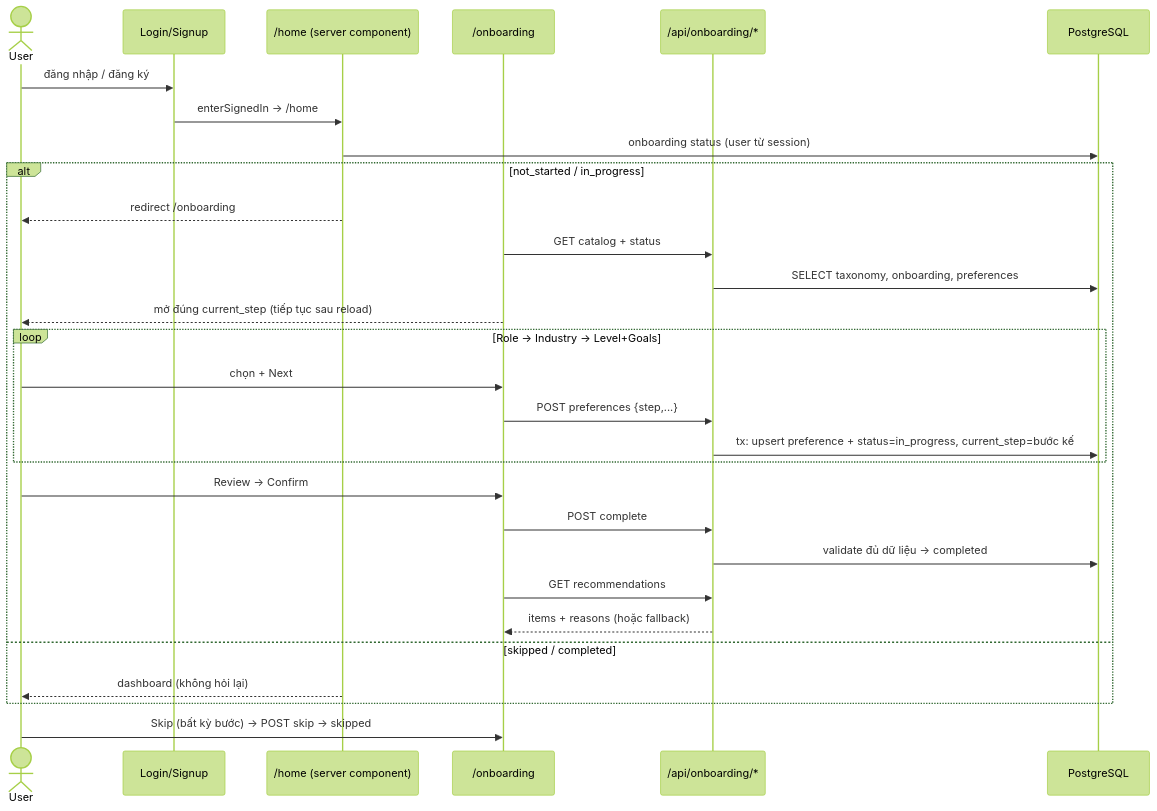
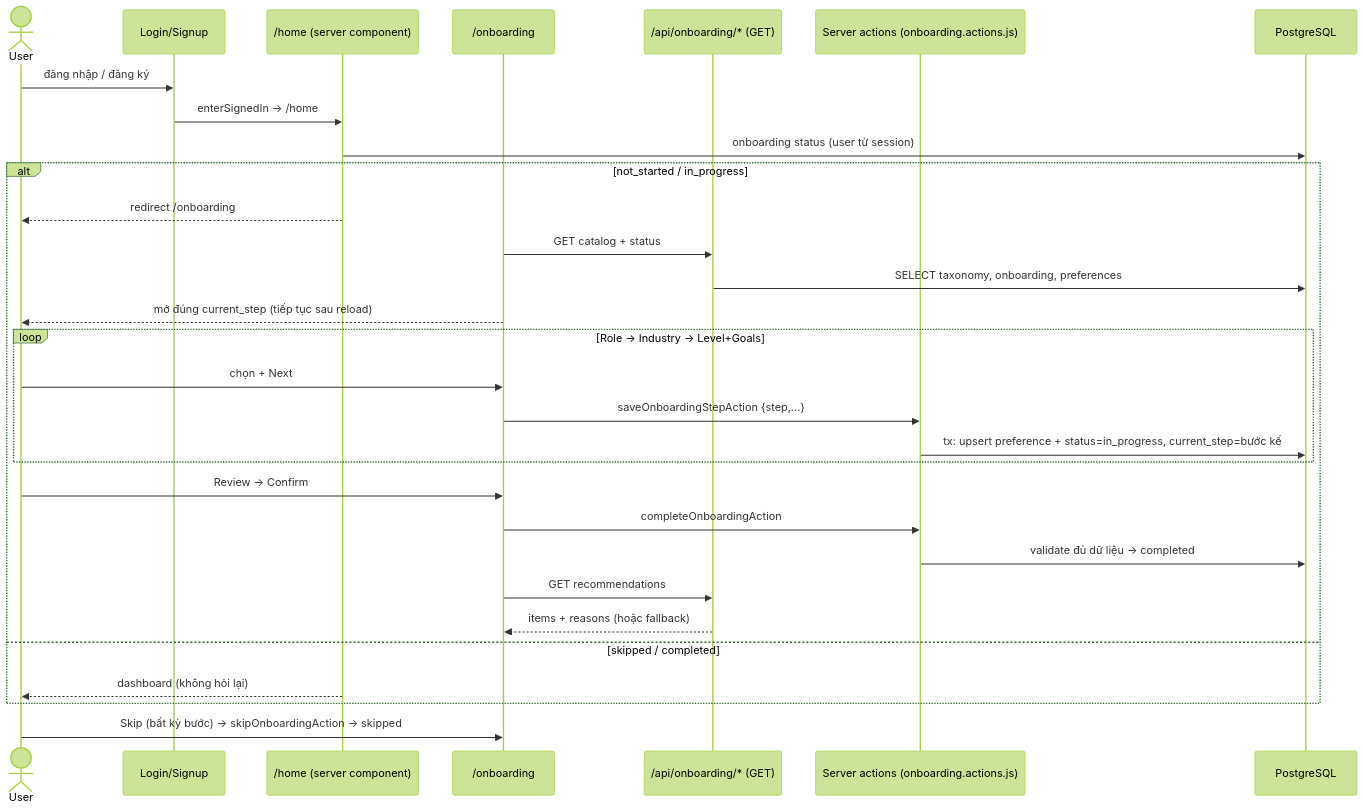
The second of 4 diagrams in docs/premium-onboarding-design.md (CuongNguyen-0712/CodeDev), drawn with Mermaid (forest theme) before and after one commit. The commit also changed 1 other file, not shown here.

Commit message:
docs(api): onboarding diagram and handler count match the actions

````diff
--- a/docs/premium-onboarding-design.md
+++ b/docs/premium-onboarding-design.md
@@ -165,31 +165,32 @@
 ```mermaid
 sequenceDiagram
     actor U as User
     participant L as Login/Signup
     participant H as /home (server component)
     participant O as /onboarding
-    participant API as /api/onboarding/*
+    participant API as /api/onboarding/* (GET)
+    participant ACT as Server actions (onboarding.actions.js)
     participant DB as PostgreSQL
     U->>L: đăng nhập / đăng ký
     L->>H: enterSignedIn → /home
     H->>DB: onboarding status (user từ session)
     alt not_started / in_progress
         H-->>U: redirect /onboarding
         O->>API: GET catalog + status
         API->>DB: SELECT taxonomy, onboarding, preferences
         O-->>U: mở đúng current_step (tiếp tục sau reload)
         loop Role → Industry → Level+Goals
             U->>O: chọn + Next
-            O->>API: POST preferences {step,...}
-            API->>DB: tx: upsert preference + status=in_progress, current_step=bước kế
+            O->>ACT: saveOnboardingStepAction {step,...}
+            ACT->>DB: tx: upsert preference + status=in_progress, current_step=bước kế
         end
         U->>O: Review → Confirm
-        O->>API: POST complete
-        API->>DB: validate đủ dữ liệu → completed
+        O->>ACT: completeOnboardingAction
+        ACT->>DB: validate đủ dữ liệu → completed
         O->>API: GET recommendations
         API-->>O: items + reasons (hoặc fallback)
     else skipped / completed
         H-->>U: dashboard (không hỏi lại)
     end
-    U->>O: Skip (bất kỳ bước) → POST skip → skipped
+    U->>O: Skip (bất kỳ bước) → skipOnboardingAction → skipped
 ```
````
